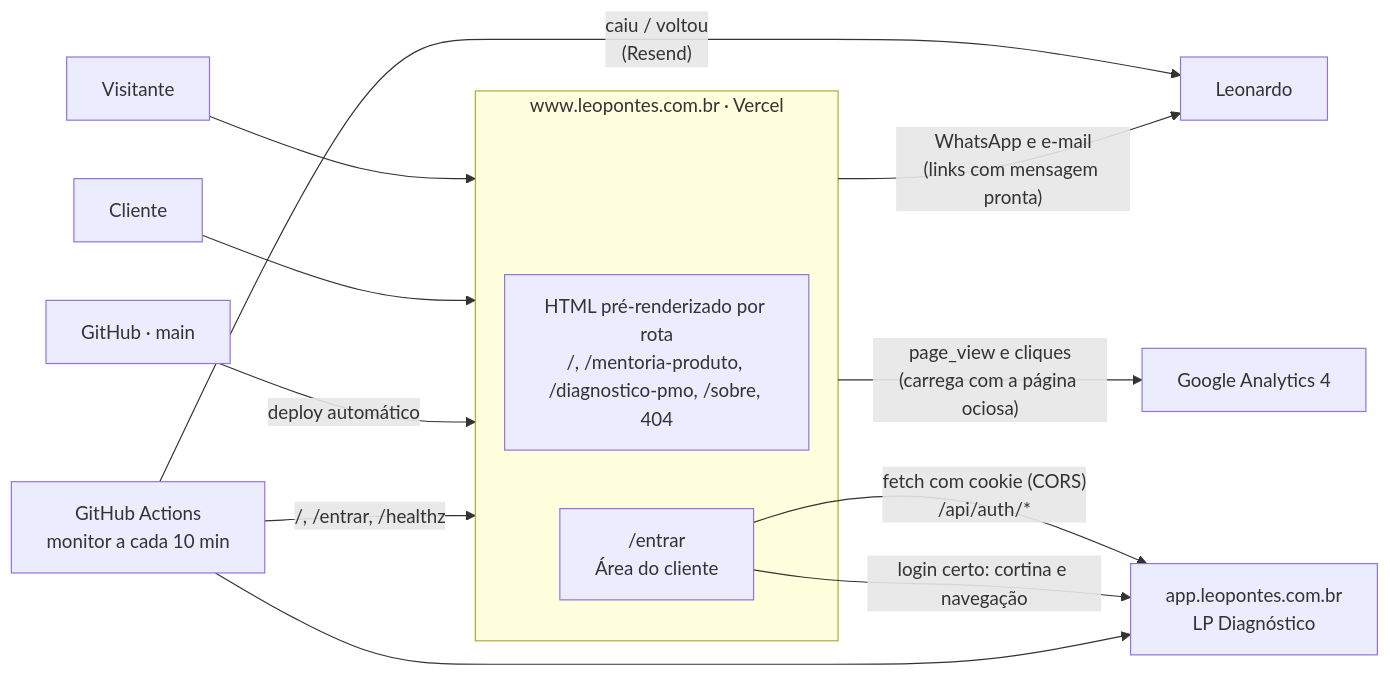
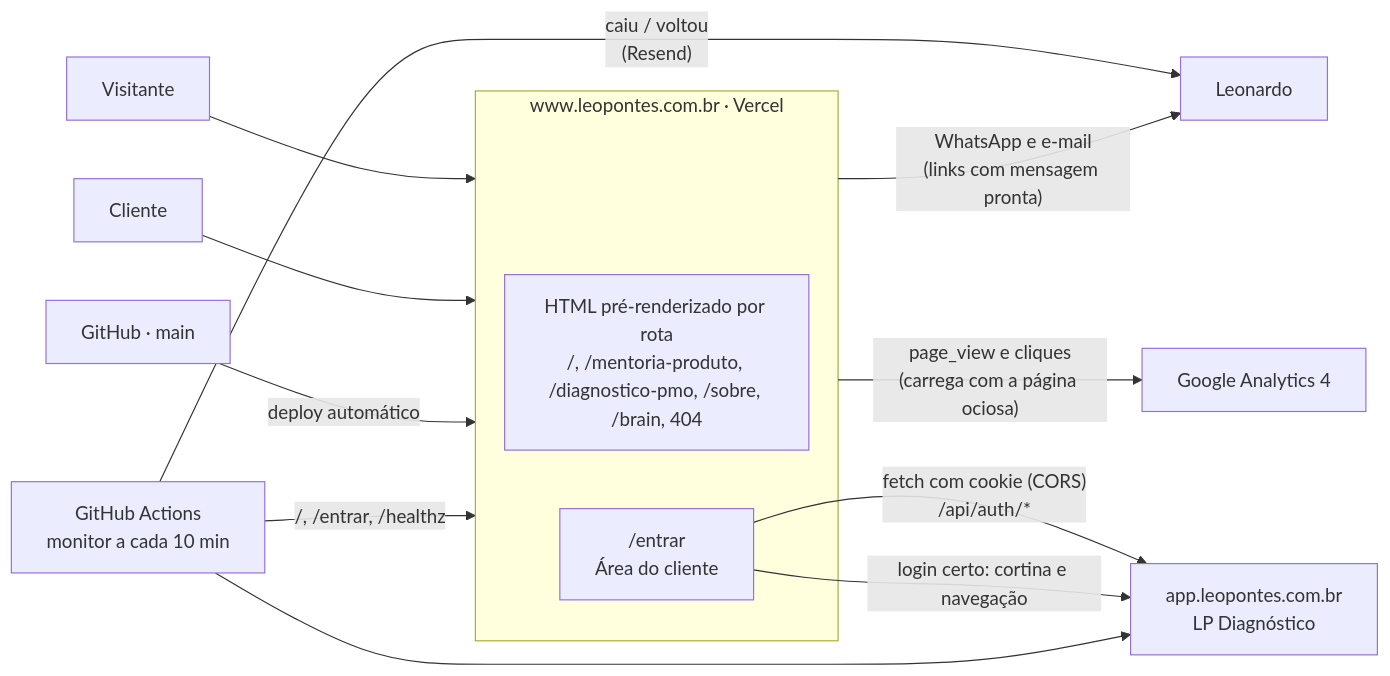
One commit to leonfpontes/perfil_portfolio changed the diagram in README.md. Above: the diagram before and after it, drawn with Mermaid. The commit also changed other lines of this file and 12 other files, not shown here.

````diff
--- a/README.md
+++ b/README.md
@@ -94,19 +95,19 @@
 ```mermaid
 flowchart LR
   V[Visitante] --> W
   C[Cliente] --> W
 
   subgraph W["www.leopontes.com.br · Vercel"]
-    H["HTML pré-renderizado por rota<br/>/, /mentoria-produto, /diagnostico-pmo, /sobre, 404"]
+    H["HTML pré-renderizado por rota<br/>/, /mentoria-produto, /diagnostico-pmo, /sobre, /brain, 404"]
     E["/entrar<br/>Área do cliente"]
   end
 
   W -- "WhatsApp e e-mail<br/>(links com mensagem pronta)" --> L[Leonardo]
   W -- "page_view e cliques<br/>(carrega com a página ociosa)" --> GA[Google Analytics 4]
   E -- "fetch com cookie (CORS)<br/>/api/auth/*" --> APP["app.leopontes.com.br<br/>LP Diagnóstico"]
   E -- "login certo: cortina e navegação" --> APP
   GH["GitHub · main"] -- "deploy automático" --> W
   MON["GitHub Actions<br/>monitor a cada 10 min"] -- "/, /entrar, /healthz" --> W
   MON --> APP
   MON -- "caiu / voltou<br/>(Resend)" --> L
 ```
````
